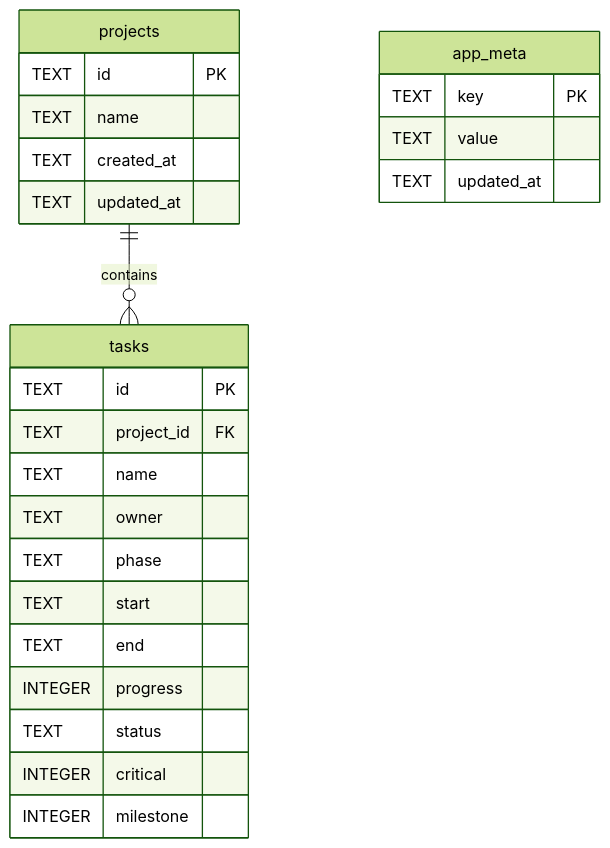
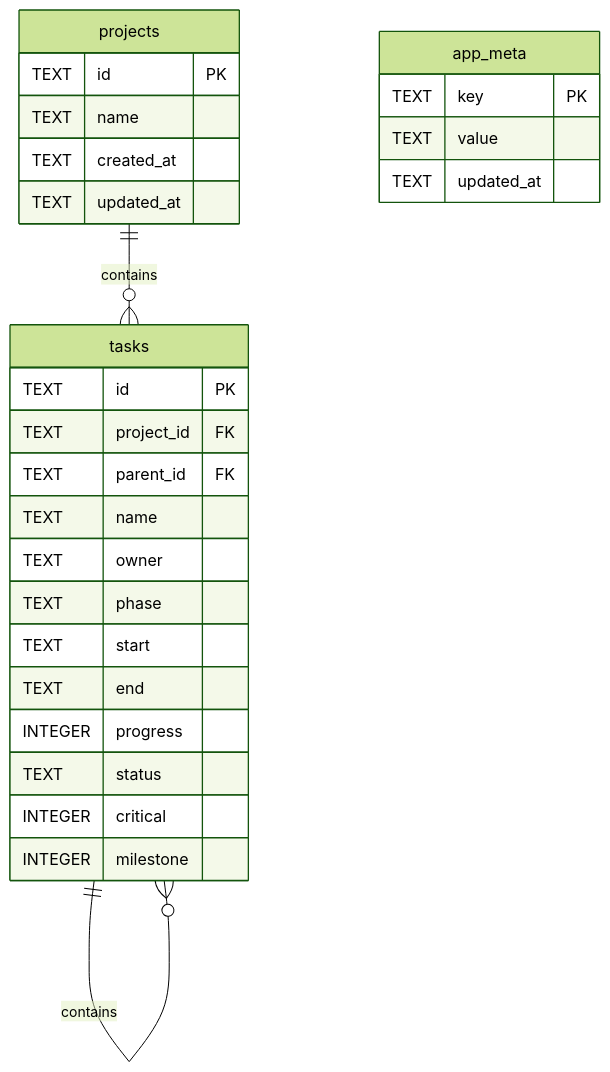
Before and after one commit to jamesjiajie/PM-Tools: the diagram in DATABASE_SCHEMA.md, drawn with Mermaid (forest theme). The commit also changed other lines of this file and 6 other files, not shown here.

Commit message:
Add V3 subtasks and gantt interactions

````diff
--- a/DATABASE_SCHEMA.md
+++ b/DATABASE_SCHEMA.md
@@ -13,31 +13,33 @@
 ```mermaid
 erDiagram
   projects ||--o{ tasks : contains
+  tasks ||--o{ tasks : contains
 
   projects {
     TEXT id PK
     TEXT name
     TEXT created_at
     TEXT updated_at
   }
 
   tasks {
     TEXT id PK
     TEXT project_id FK
+    TEXT parent_id FK
     TEXT name
     TEXT owner
     TEXT phase
     TEXT start
     TEXT end
     INTEGER progress
     TEXT status
     INTEGER critical
     INTEGER milestone
   }
 
   app_meta {
     TEXT key PK
     TEXT value
     TEXT updated_at
   }
 ```
````
